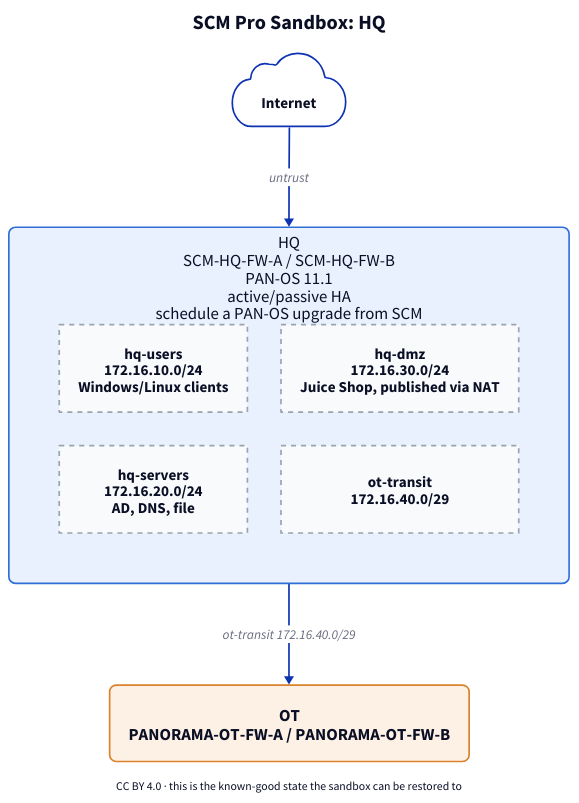
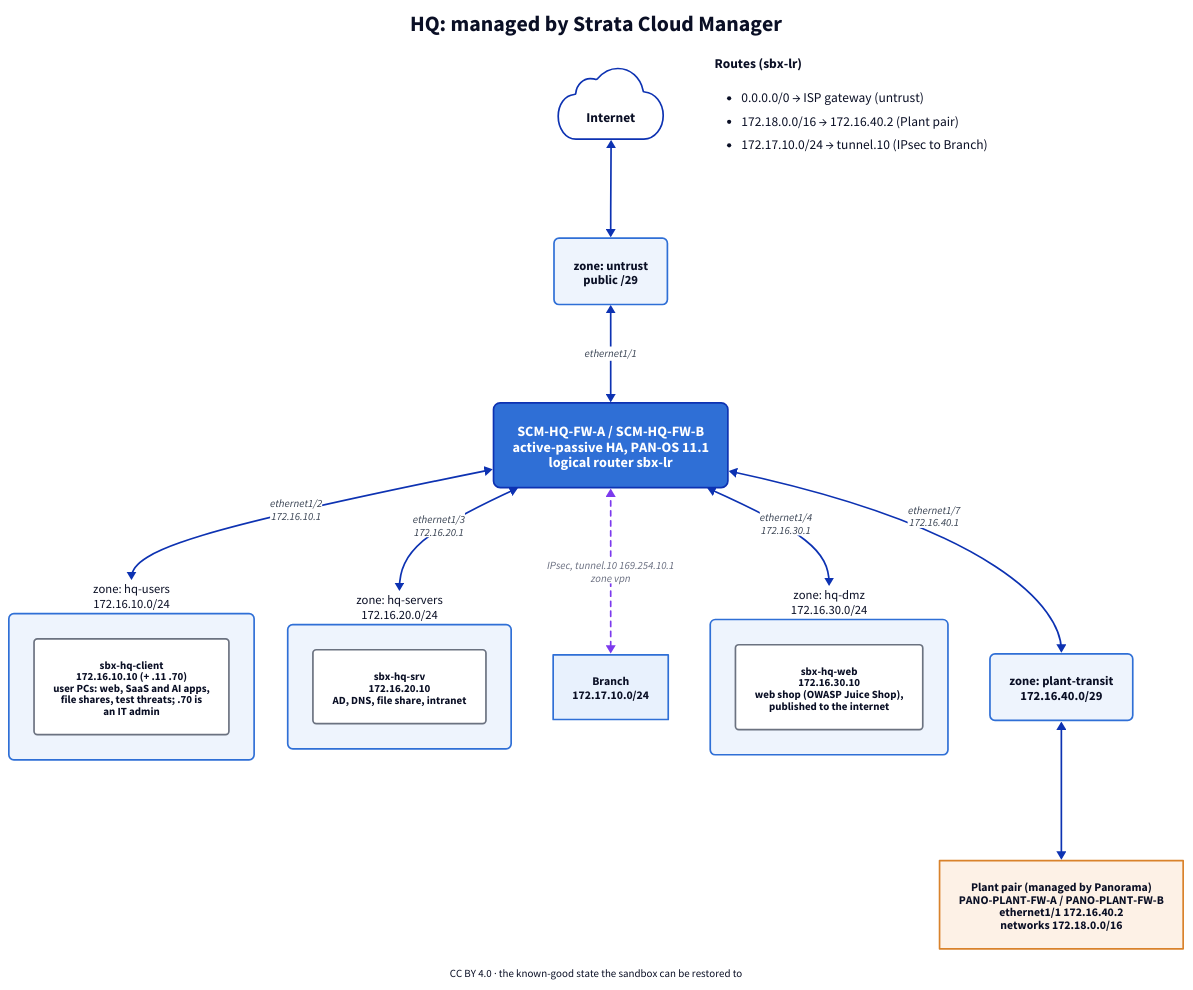
One commit to gegrsyn/SCMPro-Sandbox changed the diagram in drawings/hq.d2. Above: the diagram before and after it, drawn with D2. The commit also changed 10 other files, not shown here.

Commit message:
Rename the OT segment to Plant, add the facilities zone; new topology drawings; current handout v1.3

```diff
--- a/drawings/hq.d2
+++ b/drawings/hq.d2
@@ -1,23 +1,49 @@
 direction: down
-title: "SCM Pro Sandbox: HQ" {near: top-center; shape: text; style.font-size: 24; style.bold: true}
+classes: {
+  fw-scm: {style: {fill: "#2f6fd6"; font-color: "#ffffff"; font-size: 17; bold: true; border-radius: 8}}
+  fw-pano: {style: {fill: "#d9822b"; font-color: "#ffffff"; font-size: 17; bold: true; border-radius: 8}}
+  zone-scm: {style: {fill: "#eef4fd"; stroke: "#2f6fd6"; border-radius: 6; font-size: 15}}
+  zone-pano: {style: {fill: "#fef6ee"; stroke: "#d9822b"; border-radius: 6; font-size: 15}}
+  host: {style: {fill: "#ffffff"; stroke: "#6b7280"; font-size: 13; border-radius: 4}}
+  site-scm: {style: {fill: "#e8f1fd"; stroke: "#2f6fd6"; font-size: 14}}
+  site-pano: {style: {fill: "#fdf1e6"; stroke: "#d9822b"; font-size: 14}}
+  link: {style: {font-size: 13; font-color: "#374151"}}
+  vpn: {style: {stroke: "#7c3aed"; stroke-dash: 3; font-size: 13}}
+}
+title: "HQ: managed by Strata Cloud Manager" {near: top-center; shape: text; style: {font-size: 26; bold: true}}
 
-internet: {
-  label: "Internet"
-  shape: cloud; style: {font-size: 18}
+fw: "SCM-HQ-FW-A / SCM-HQ-FW-B\nactive-passive HA, PAN-OS 11.1\nlogical router sbx-lr" {class: fw-scm}
+internet: "Internet" {shape: cloud; style.font-size: 16}
+untrust: "zone: untrust\npublic /29" {class: zone-scm}
+internet <-> untrust
+untrust <-> fw: "ethernet1/1" {class: link}
+hq-users: "zone: hq-users\n172.16.10.0/24" {
+  class: zone-scm
+  sbx-hq-client: "sbx-hq-client\n172.16.10.10  (+ .11 .70)\nuser PCs: web, SaaS and AI apps,\nfile shares, test threats; .70 is\nan IT admin" {class: host}
 }
-fw: {
-  label: "HQ\nSCM-HQ-FW-A / SCM-HQ-FW-B\nPAN-OS 11.1\nactive/passive HA\nschedule a PAN-OS upgrade from SCM"
-  style: {fill: "#e8f1fd"; stroke: "#2f6fd6"; border-radius: 8; font-size: 20}
-  grid-columns: 2
-  hq-users: "hq-users\n172.16.10.0/24\nWindows/Linux clients" {style: {fill: "#f8fafc"; stroke: "#9aa3af"; stroke-dash: 3; font-size: 18}}
-  hq-servers: "hq-servers\n172.16.20.0/24\nAD, DNS, file" {style: {fill: "#f8fafc"; stroke: "#9aa3af"; stroke-dash: 3; font-size: 18}}
-  hq-dmz: "hq-dmz\n172.16.30.0/24\nJuice Shop, published via NAT" {style: {fill: "#f8fafc"; stroke: "#9aa3af"; stroke-dash: 3; font-size: 18}}
-  ot-transit: "ot-transit\n172.16.40.0/29" {style: {fill: "#f8fafc"; stroke: "#9aa3af"; stroke-dash: 3; font-size: 18}}
+fw <-> hq-users: "ethernet1/2\n172.16.10.1" {class: link}
+hq-servers: "zone: hq-servers\n172.16.20.0/24" {
+  class: zone-scm
+  sbx-hq-srv: "sbx-hq-srv\n172.16.20.10\nAD, DNS, file share, intranet" {class: host}
 }
-internet -> fw: "untrust" {style: {font-size: 16}}
-ot: {
-  label: "OT\nPANORAMA-OT-FW-A / PANORAMA-OT-FW-B"
-  style: {fill: "#fdf1e6"; stroke: "#d9822b"; border-radius: 8; font-size: 20}
+fw <-> hq-servers: "ethernet1/3\n172.16.20.1" {class: link}
+hq-dmz: "zone: hq-dmz\n172.16.30.0/24" {
+  class: zone-scm
+  sbx-hq-web: "sbx-hq-web\n172.16.30.10\nweb shop (OWASP Juice Shop),\npublished to the internet" {class: host}
 }
-fw -> ot: "ot-transit 172.16.40.0/29" {style: {font-size: 16}}
-foot: "CC BY 4.0 · this is the known-good state the sandbox can be restored to" {shape: text; near: bottom-center; style.font-size: 14}
+fw <-> hq-dmz: "ethernet1/4\n172.16.30.1" {class: link}
+plant-transit: "zone: plant-transit\n172.16.40.0/29" {
+  class: zone-scm
+}
+fw <-> plant-transit: "ethernet1/7\n172.16.40.1" {class: link}
+plant: "Plant pair (managed by Panorama)\nPANO-PLANT-FW-A / PANO-PLANT-FW-B\nethernet1/1 172.16.40.2\nnetworks 172.18.0.0/16" {class: site-pano}
+plant-transit <-> plant
+branch: "Branch\n172.17.10.0/24" {class: site-scm}
+fw <-> branch: "IPsec, tunnel.10 169.254.10.1\nzone vpn" {class: vpn}
+routes: |md
+  **Routes (sbx-lr)**
+  - 0.0.0.0/0 → ISP gateway (untrust)
+  - 172.18.0.0/16 → 172.16.40.2 (Plant pair)
+  - 172.17.10.0/24 → tunnel.10 (IPsec to Branch)
+|
+foot: "CC BY 4.0 · the known-good state the sandbox can be restored to" {shape: text; near: bottom-center; style.font-size: 13}
```
